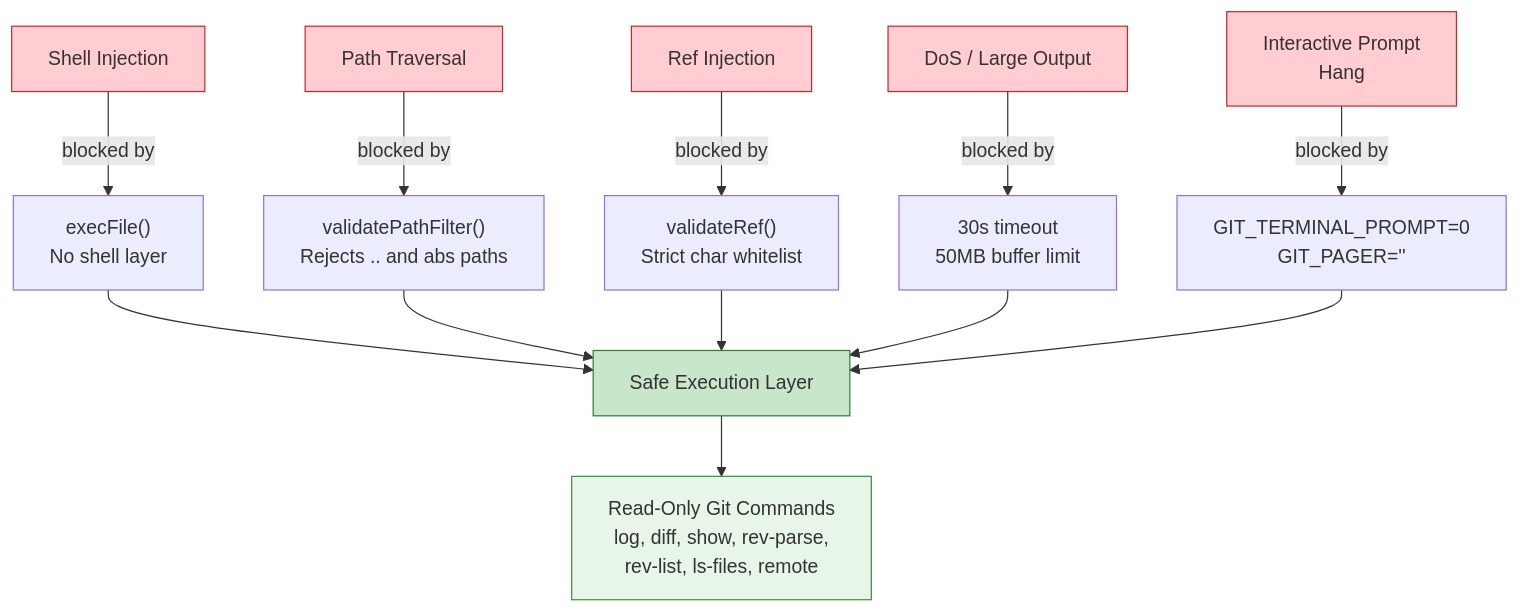
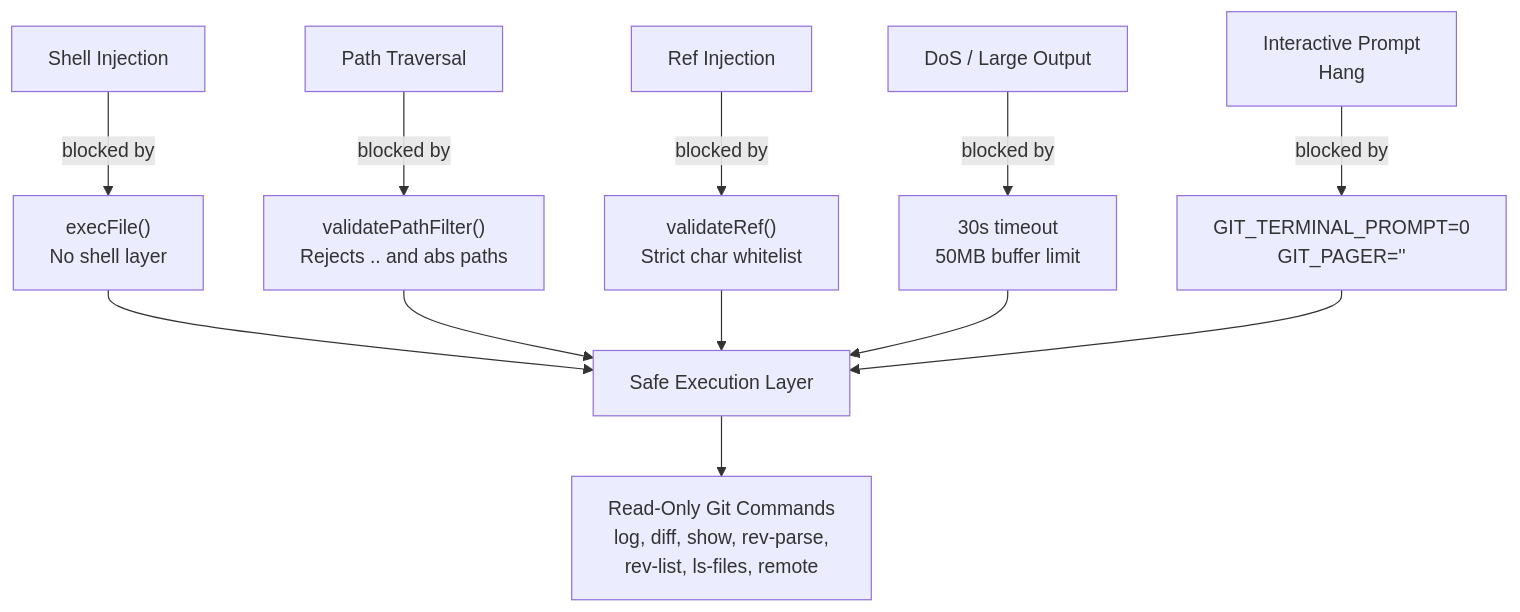
One commit to hoangsonww/GitIntel-MCP-Server changed the sixth of 10 diagrams in ARCHITECTURE.md. Above: the diagram before and after it, drawn with Mermaid. The commit also changed other lines of this file and 1 other file, not shown here.

Commit message:
chore: remove inline mermaid style directives from docs

````diff
--- a/ARCHITECTURE.md
+++ b/ARCHITECTURE.md
@@ -343,23 +343,15 @@
 ```mermaid
 graph TD
     T1["Shell Injection"] -->|blocked by| M1["execFile()\nNo shell layer"]
     T2["Path Traversal"] -->|blocked by| M2["validatePathFilter()\nRejects .. and abs paths"]
     T3["Ref Injection"] -->|blocked by| M3["validateRef()\nStrict char whitelist"]
     T4["DoS / Large Output"] -->|blocked by| M4["30s timeout\n50MB buffer limit"]
     T5["Interactive Prompt<br/>Hang"] -->|blocked by| M5["GIT_TERMINAL_PROMPT=0\nGIT_PAGER=''"]
 
     M1 --> Safe["Safe Execution Layer"]
     M2 --> Safe
     M3 --> Safe
     M4 --> Safe
     M5 --> Safe
     Safe --> RO["Read-Only Git Commands<br/>log, diff, show, rev-parse,<br/>rev-list, ls-files, remote"]
-
-    style T1 fill:#ffcdd2,stroke:#c62828
-    style T2 fill:#ffcdd2,stroke:#c62828
-    style T3 fill:#ffcdd2,stroke:#c62828
-    style T4 fill:#ffcdd2,stroke:#c62828
-    style T5 fill:#ffcdd2,stroke:#c62828
-    style Safe fill:#c8e6c9,stroke:#2e7d32
-    style RO fill:#e8f5e9,stroke:#388e3c
 ```
````
